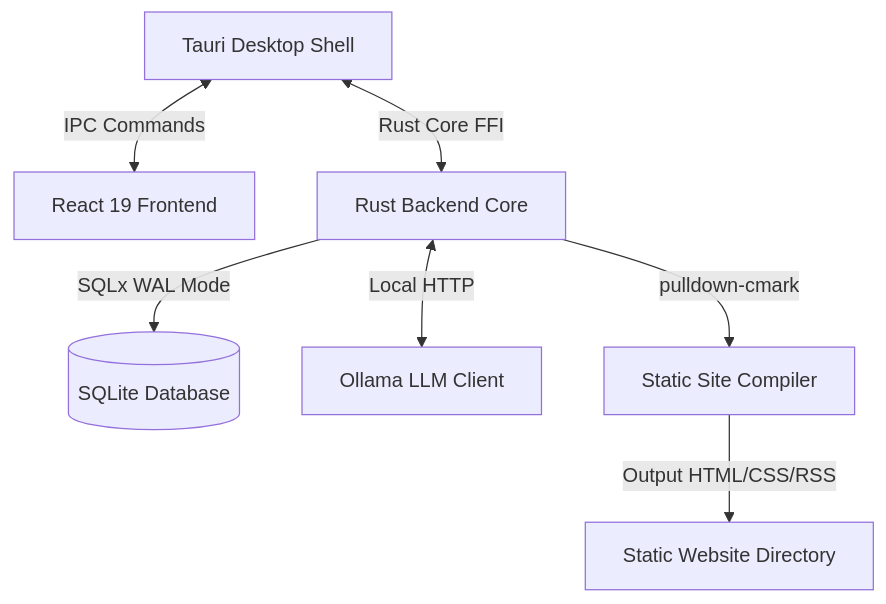
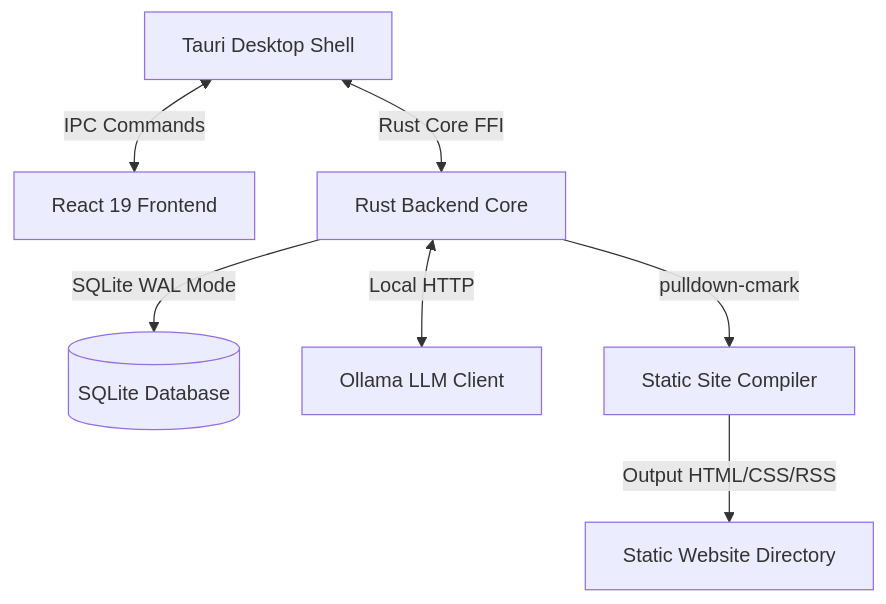
Before and after one commit to scottconverse/CivicNewspaper: the diagram in docs/user_manual.md, drawn with Mermaid. The commit also changed other lines of this file and 78 other files, not shown here.

````diff
--- a/docs/user_manual.md
+++ b/docs/user_manual.md
@@ -108,9 +109,9 @@
 ```mermaid
 graph TD
     Tauri[Tauri Desktop Shell] <-->|IPC Commands| ReactUI[React 19 Frontend]
     Tauri <-->|Rust Core FFI| RustCore[Rust Backend Core]
-    RustCore -->|SQLx WAL Mode| SQLite[(SQLite Database)]
+    RustCore -->|SQLite WAL Mode| SQLite[(SQLite Database)]
     RustCore <-->|Local HTTP| Ollama[Ollama LLM Client]
     RustCore -->|pulldown-cmark| Compiler[Static Site Compiler]
     Compiler -->|Output HTML/CSS/RSS| CompiledSite[Static Website Directory]
 ```
````
